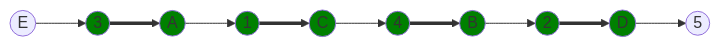
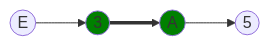
One commit to algos-ris-24-3/manual-tasks changed the sixth of 11 diagrams in Задание 8/Nyashki.md. Above: the diagram before and after it, drawn with Mermaid. The commit also changed other lines of this file, not shown here.

````diff
--- a/Задание 8/Nyashki.md
+++ b/Задание 8/Nyashki.md
@@ -266,25 +238,12 @@
 ```mermaid
 graph LR
     A((A))
-    B((B))
-    C((C))
-    D((D))
     E((E))
-    1((1))
-    2((2))
     3((3))
-    4((4))
     5((5))
     
-    E --> 3 ==> A --> 1 ==> C --> 4 ==> B --> 2 ==> D --> 5
+    E --> 3 ==> A --> 5 
 
     style 3 fill:#008000
     style A fill:#008000
-    style 1 fill:#008000
-    style C fill:#008000
-    style 4 fill:#008000
-    style B fill:#008000
-    style 2 fill:#008000
-    style D fill:#008000
-
 ```
````
